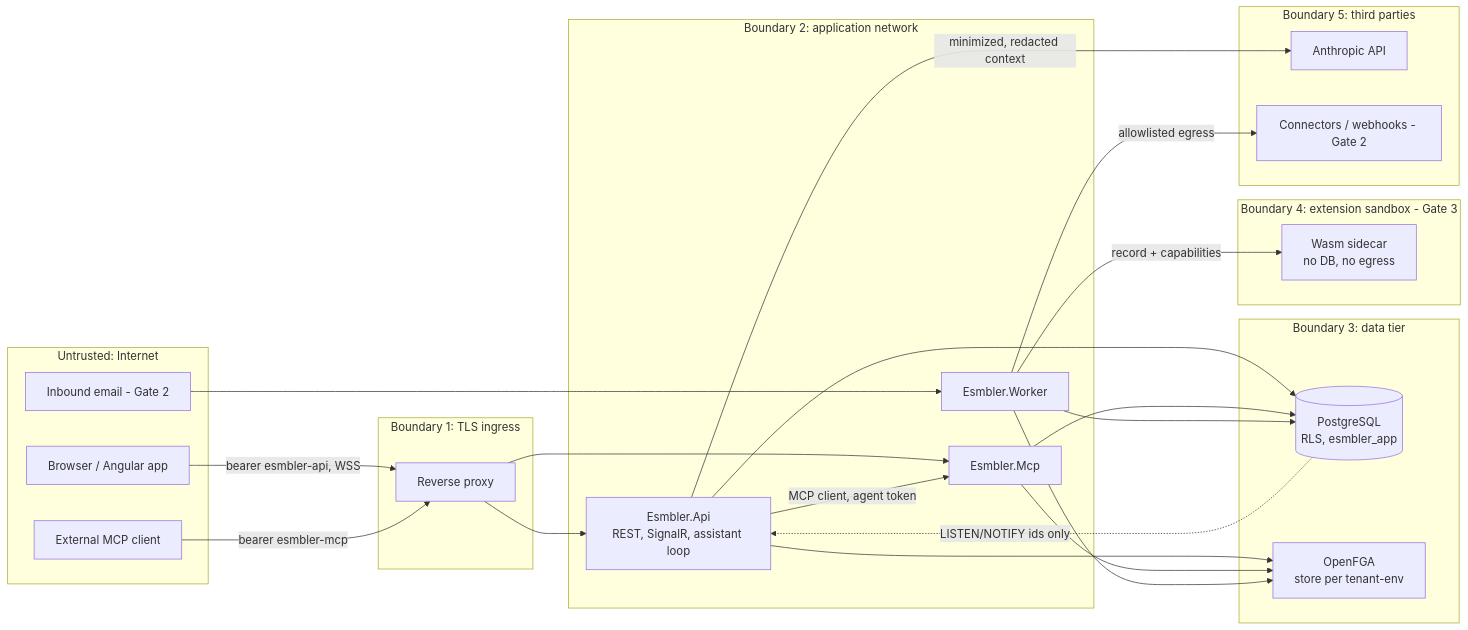
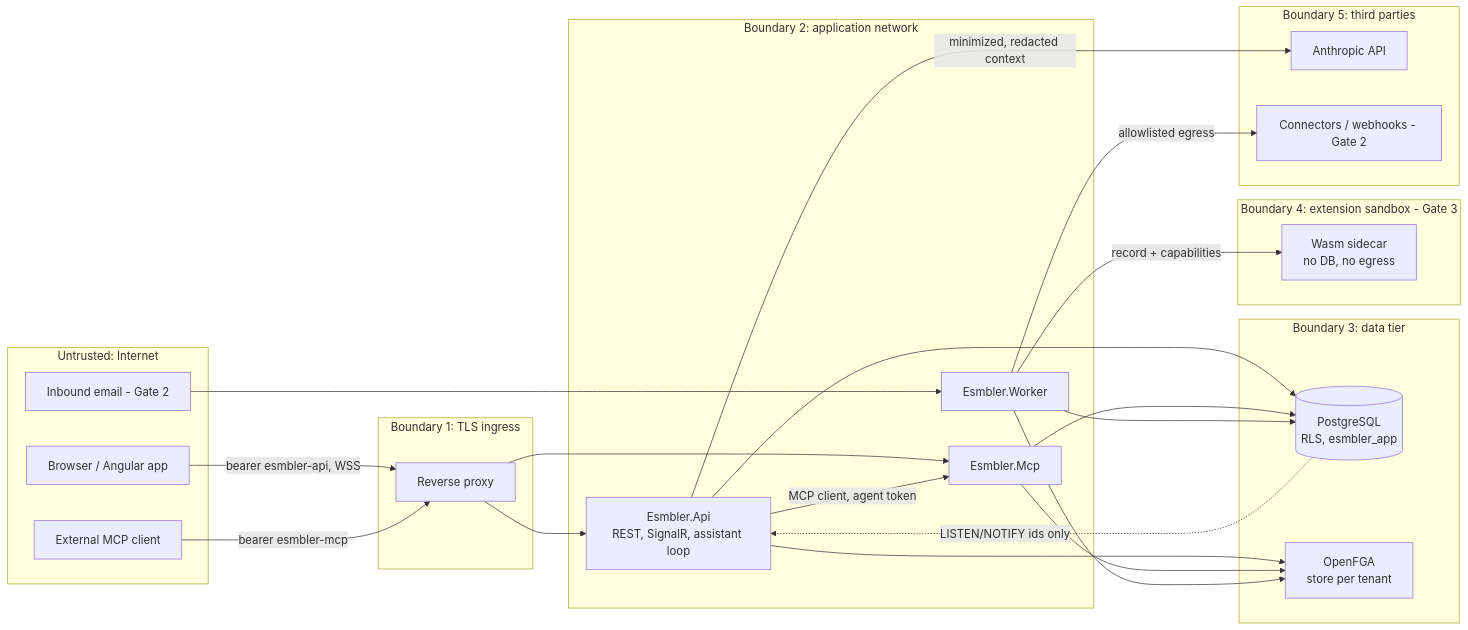
One commit to DeadEndGG/esmbler changed the diagram in docs/security/threat-model.md. Above: the diagram before and after it, drawn with Mermaid. The commit also changed other lines of this file and 104 other files, not shown here.

````diff
--- a/docs/security/threat-model.md
+++ b/docs/security/threat-model.md
@@ -27,41 +27,41 @@
 ```mermaid
 flowchart LR
     subgraph Internet["Untrusted: Internet"]
         B[Browser / Angular app]
         EXT[External MCP client]
         MAIL[Inbound email - Gate 2]
     end
     subgraph Edge["Boundary 1: TLS ingress"]
         RP[Reverse proxy]
     end
     subgraph App["Boundary 2: application network"]
         API[Esmbler.Api<br/>REST, SignalR, assistant loop]
         MCP[Esmbler.Mcp]
         WRK[Esmbler.Worker]
     end
     subgraph Data["Boundary 3: data tier"]
         PG[(PostgreSQL<br/>RLS, esmbler_app)]
-        FGA[OpenFGA<br/>store per tenant-env]
+        FGA[OpenFGA<br/>store per tenant]
     end
     subgraph Sandbox["Boundary 4: extension sandbox - Gate 3"]
         WASM[Wasm sidecar<br/>no DB, no egress]
     end
     subgraph Third["Boundary 5: third parties"]
         ANT[Anthropic API]
         CONN[Connectors / webhooks - Gate 2]
     end
     B -->|bearer esmbler-api, WSS| RP --> API
     EXT -->|bearer esmbler-mcp| RP --> MCP
     MAIL --> WRK
     API -->|MCP client, agent token| MCP
     API -->|minimized, redacted context| ANT
     API --> PG
     MCP --> PG
     WRK --> PG
     API --> FGA
     MCP --> FGA
     WRK --> FGA
     PG -.->|LISTEN/NOTIFY ids only| API
     WRK -->|record + capabilities| WASM
     WRK -->|allowlisted egress| CONN
 ```
````
